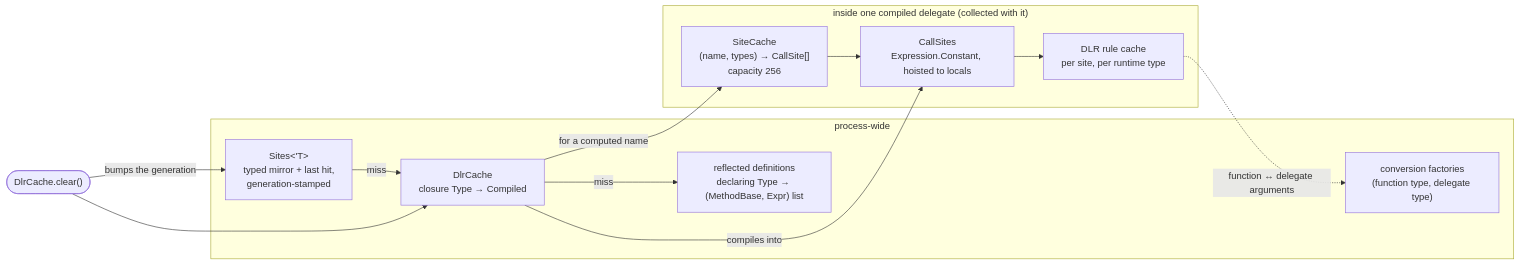
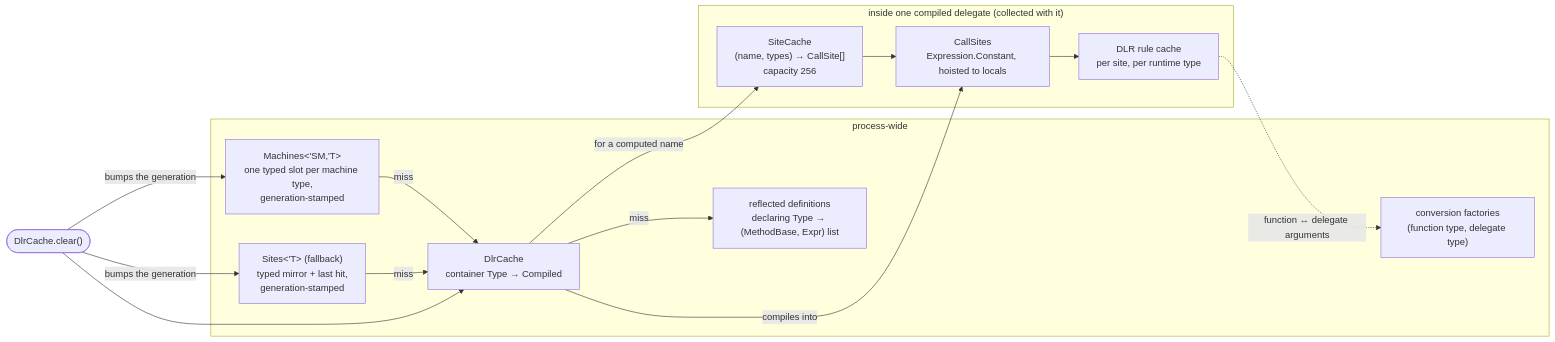
Before and after one commit to ekonbenefits/FSharp.Interop.Dlr: the diagram in docs/caches.md, drawn with Mermaid. The commit also changed other lines of this file and 16 other files, not shown here.

First line of the commit message:
Resumable state machine as the block's container (#70)

````diff
--- a/docs/caches.md
+++ b/docs/caches.md
@@ -17,25 +19,28 @@
 ```mermaid
 flowchart LR
     subgraph process["process-wide"]
-        DC["DlrCache<br/>closure Type → Compiled"]
-        S["Sites&lt;'T&gt;<br/>typed mirror + last hit,<br/>generation-stamped"]
+        DC["DlrCache<br/>container Type → Compiled"]
+        M["Machines&lt;'SM,'T&gt;<br/>one typed slot per machine type,<br/>generation-stamped"]
+        S["Sites&lt;'T&gt; (fallback)<br/>typed mirror + last hit,<br/>generation-stamped"]
         RD["reflected definitions<br/>declaring Type → (MethodBase, Expr) list"]
         CV["conversion factories<br/>(function type, delegate type)"]
     end
     subgraph delegate["inside one compiled delegate (collected with it)"]
         CS["CallSites<br/>Expression.Constant, hoisted to locals"]
         SC["SiteCache<br/>(name, types) → CallSite[]<br/>capacity 256"]
         RC["DLR rule cache<br/>per site, per runtime type"]
     end
 
+    M -- miss --> DC
     S -- miss --> DC
     DC -- miss --> RD
     DC -- "compiles into" --> CS
     DC -- "for a computed name" --> SC
     SC --> CS
     CS --> RC
     RC -. "function ↔ delegate arguments" .-> CV
 
     clear(["DlrCache.clear()"]) --> DC
+    clear -- "bumps the generation" --> M
     clear -- "bumps the generation" --> S
 ```
````
